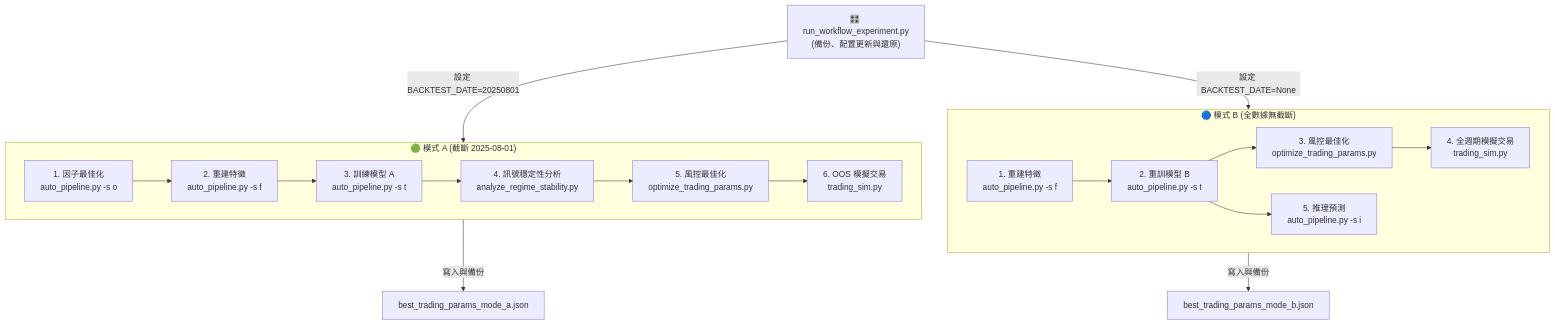
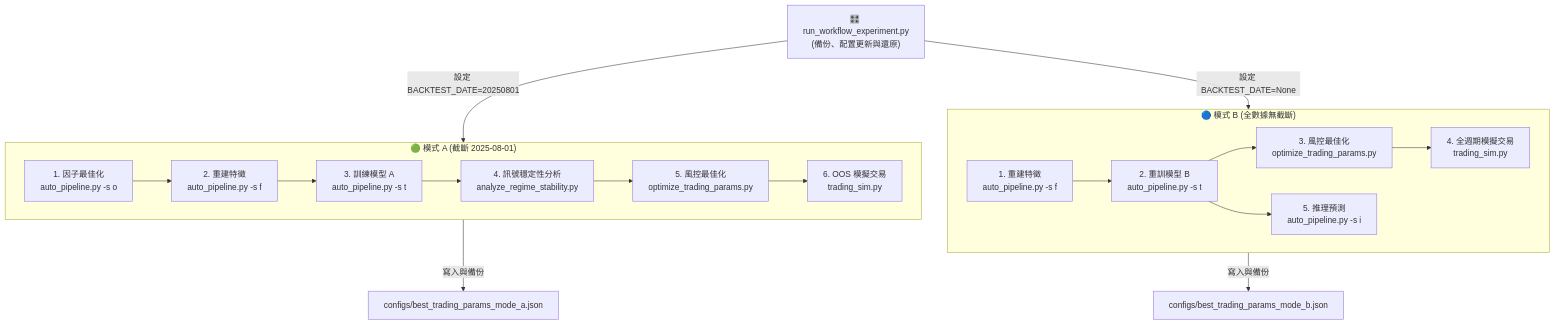
The diagram in run_workflow_experiment_guide.md (KresseLock/Stock), drawn with Mermaid before and after one commit. The commit also changed other lines of this file and 17 other files, not shown here.

````diff
--- a/run_workflow_experiment_guide.md
+++ b/run_workflow_experiment_guide.md
@@ -36,24 +36,24 @@
 ```mermaid
 flowchart TD
     RunExp["🎛️ run_workflow_experiment.py\n(備份、配置更新與還原)"]
     
     subgraph ModeA ["🟢 模式 A (截斷 2025-08-01)"]
         A_Opt["1. 因子最佳化\nauto_pipeline.py -s o"] --> A_Feat["2. 重建特徵\nauto_pipeline.py -s f"]
         A_Feat --> A_Train["3. 訓練模型 A\nauto_pipeline.py -s t"]
         A_Train --> A_Diag["4. 訊號穩定性分析\nanalyze_regime_stability.py"]
         A_Diag --> A_Param["5. 風控最佳化\noptimize_trading_params.py"]
         A_Param --> A_Sim["6. OOS 模擬交易\ntrading_sim.py"]
     end
     
     subgraph ModeB ["🔵 模式 B (全數據無截斷)"]
         B_Feat["1. 重建特徵\nauto_pipeline.py -s f"] --> B_Train["2. 重訓模型 B\nauto_pipeline.py -s t"]
         B_Train --> B_Param["3. 風控最佳化\noptimize_trading_params.py"]
         B_Param --> B_Sim["4. 全週期模擬交易\ntrading_sim.py"]
         B_Train --> B_Infer["5. 推理預測\nauto_pipeline.py -s i"]
     end
 
     RunExp -->|設定 BACKTEST_DATE=20250801| ModeA
     RunExp -->|設定 BACKTEST_DATE=None| ModeB
-    ModeA -->|寫入與備份| TA_Param["best_trading_params_mode_a.json"]
-    ModeB -->|寫入與備份| TB_Param["best_trading_params_mode_b.json"]
+    ModeA -->|寫入與備份| TA_Param["configs/best_trading_params_mode_a.json"]
+    ModeB -->|寫入與備份| TB_Param["configs/best_trading_params_mode_b.json"]
 ```
````
